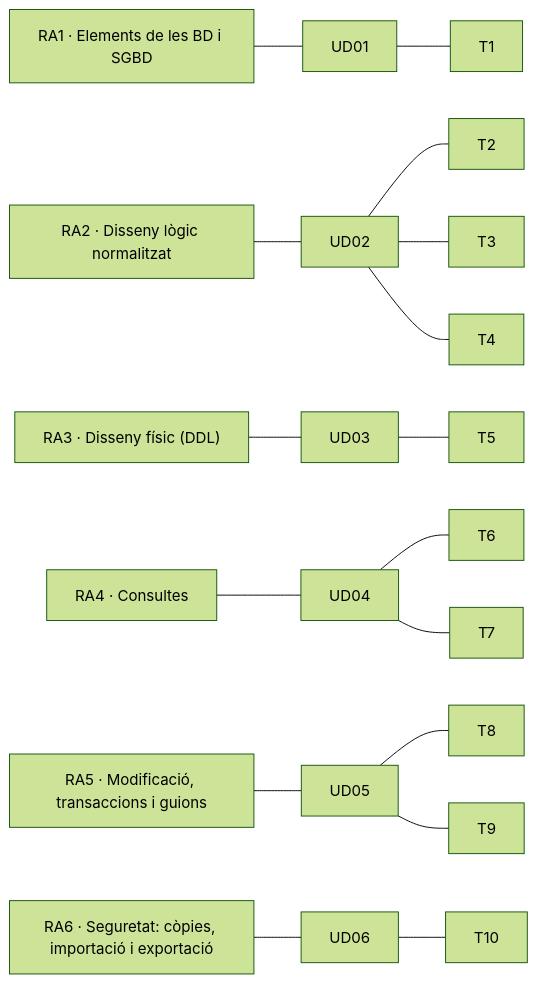
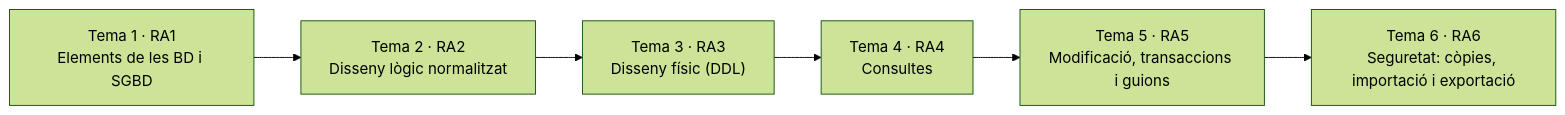
The diagram in content.val/guia/ra-ce.md (LorenaLResusta/GBD), drawn with Mermaid (forest theme) before and after one commit. The commit also changed other lines of this file and 134 other files, not shown here.

````diff
--- a/content.val/guia/ra-ce.md
+++ b/content.val/guia/ra-ce.md
@@ -28,9 +28,9 @@
 ```mermaid
 flowchart LR
-    RA1["RA1 · Elements de les BD i SGBD"] --- UD01["UD01"] --- T1
-    RA2["RA2 · Disseny lògic normalitzat"] --- UD02["UD02"] --- T2 & T3 & T4
-    RA3["RA3 · Disseny físic (DDL)"] --- UD03["UD03"] --- T5
-    RA4["RA4 · Consultes"] --- UD04["UD04"] --- T6 & T7
-    RA5["RA5 · Modificació, transaccions i guions"] --- UD05["UD05"] --- T8 & T9
-    RA6["RA6 · Seguretat: còpies, importació i exportació"] --- UD06["UD06"] --- T10
+    T1["Tema 1 · RA1<br/>Elements de les BD i SGBD"] --> T2
+    T2["Tema 2 · RA2<br/>Disseny lògic normalitzat"] --> T3
+    T3["Tema 3 · RA3<br/>Disseny físic (DDL)"] --> T4
+    T4["Tema 4 · RA4<br/>Consultes"] --> T5
+    T5["Tema 5 · RA5<br/>Modificació, transaccions i guions"] --> T6
+    T6["Tema 6 · RA6<br/>Seguretat: còpies, importació i exportació"]
 ```
````
